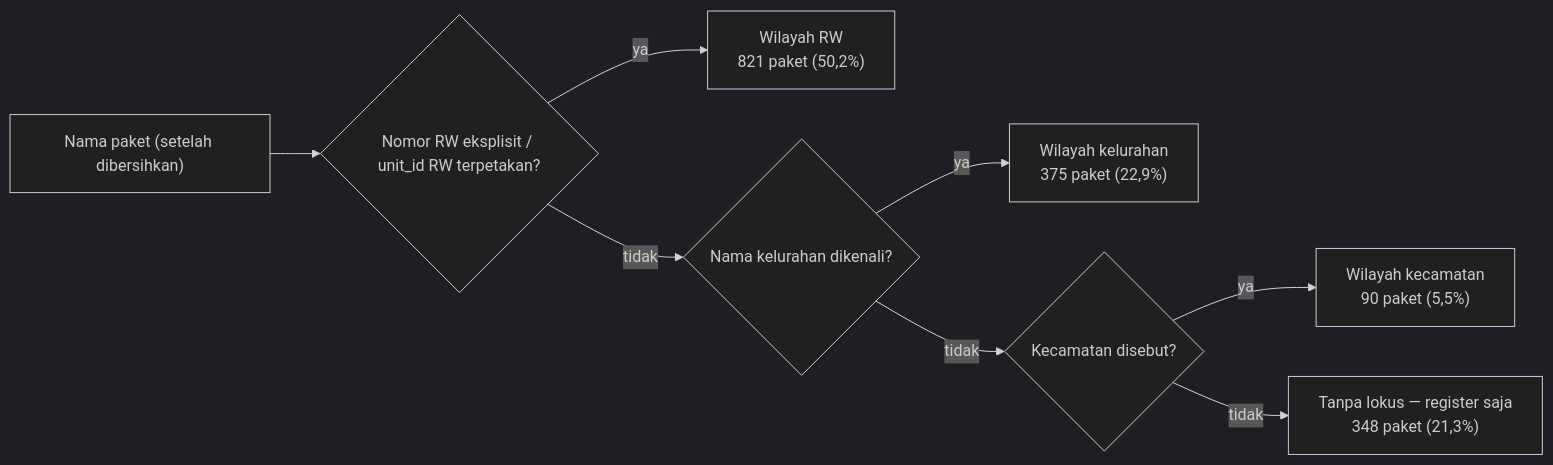
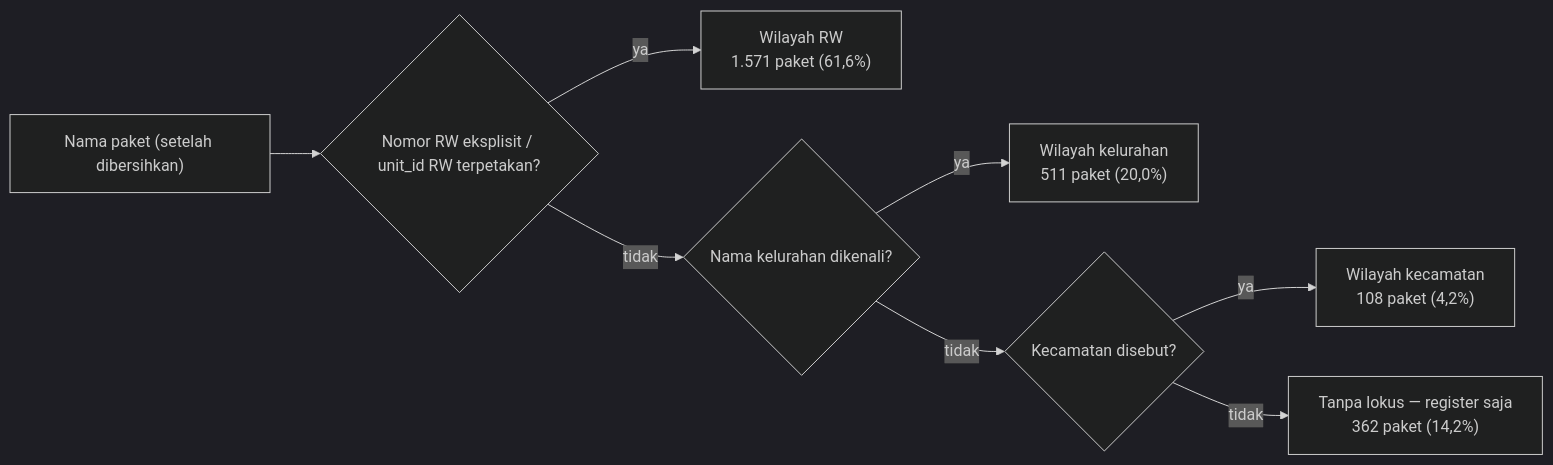
The diagram in docs/SPEC.md (repyh/saksi), drawn with Mermaid (dark theme) before and after one commit. The commit also changed other lines of this file and 16 other files, not shown here.

````diff
--- a/docs/SPEC.md
+++ b/docs/SPEC.md
@@ -76,10 +76,10 @@
 ```mermaid
 flowchart LR
   TXT["Nama paket (setelah dibersihkan)"] --> RW{"Nomor RW eksplisit / unit_id RW terpetakan?"}
-  RW -->|ya| T1["Wilayah RW<br/>821 paket (50,2%)"]
+  RW -->|ya| T1["Wilayah RW<br/>1.571 paket (61,6%)"]
   RW -->|tidak| KEL{"Nama kelurahan dikenali?"}
-  KEL -->|ya| T2["Wilayah kelurahan<br/>375 paket (22,9%)"]
+  KEL -->|ya| T2["Wilayah kelurahan<br/>511 paket (20,0%)"]
   KEL -->|tidak| KEC{"Kecamatan disebut?"}
-  KEC -->|ya| T3["Wilayah kecamatan<br/>90 paket (5,5%)"]
-  KEC -->|tidak| T4["Tanpa lokus — register saja<br/>348 paket (21,3%)"]
+  KEC -->|ya| T3["Wilayah kecamatan<br/>108 paket (4,2%)"]
+  KEC -->|tidak| T4["Tanpa lokus — register saja<br/>362 paket (14,2%)"]
 ```
````
